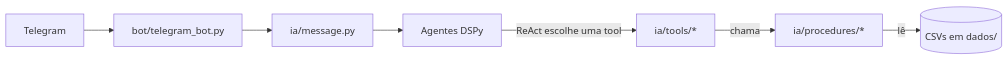
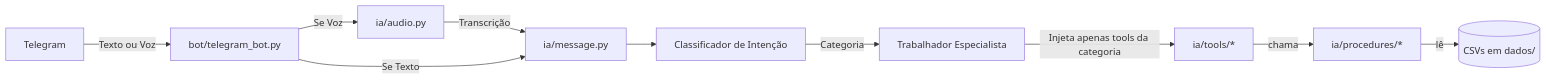
One commit to mvlsouza/api-1-semestre-2026-test changed the first of 2 diagrams in docs/cliente/tecnico/Arquitetura.md. Above: the diagram before and after it, drawn with Mermaid. The commit also changed other lines of this file and 6 other files, not shown here.

````diff
--- a/docs/cliente/tecnico/Arquitetura.md
+++ b/docs/cliente/tecnico/Arquitetura.md
@@ -20,9 +21,12 @@
 ```mermaid
 flowchart LR
-    A[Telegram] --> B[bot/telegram_bot.py]
-    B --> C[ia/message.py]
-    C --> D[Agentes DSPy]
-    D -->|ReAct escolhe uma tool| E[ia/tools/*]
-    E -->|chama| F[ia/procedures/*]
-    F -->|lê| G[(CSVs em dados/)]
+    A[Telegram] -->|Texto ou Voz| B[bot/telegram_bot.py]
+    B -->|Se Voz| AUDIO[ia/audio.py]
+    AUDIO -->|Transcrição| C
+    B -->|Se Texto| C[ia/message.py]
+    C --> D[Classificador de Intenção]
+    D -->|Categoria| E[Trabalhador Especialista]
+    E -->|Injeta apenas tools da categoria| F[ia/tools/*]
+    F -->|chama| G[ia/procedures/*]
+    G -->|lê| H[(CSVs em dados/)]
 ```
````
